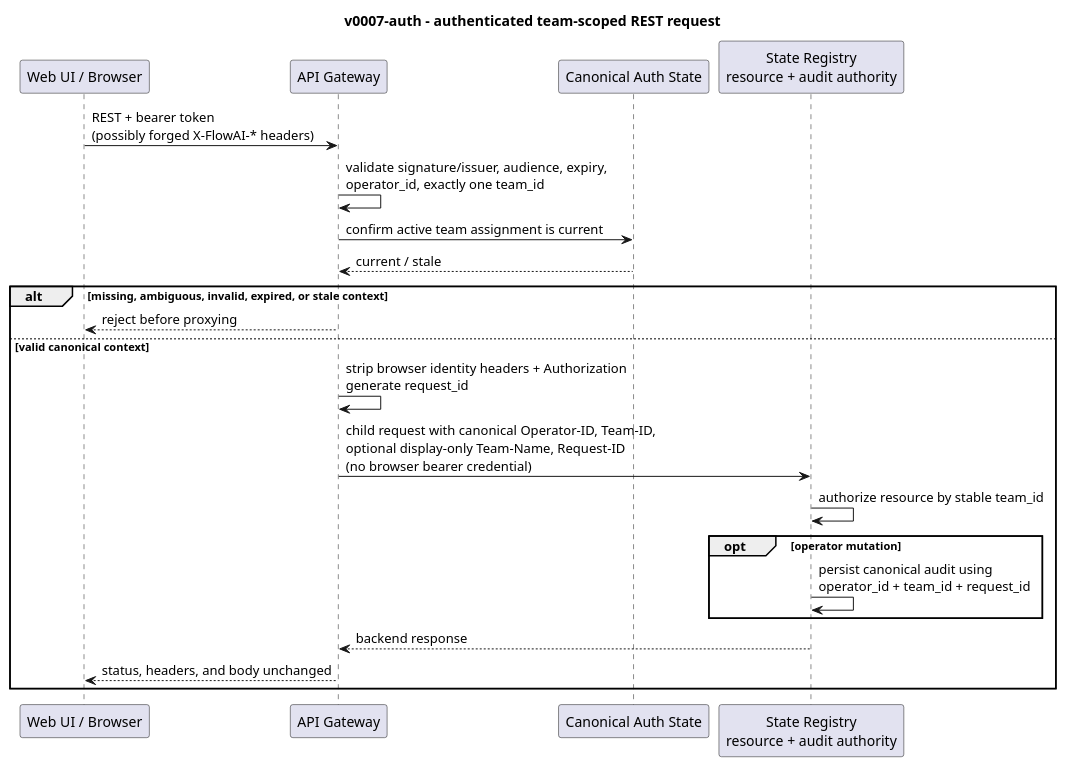
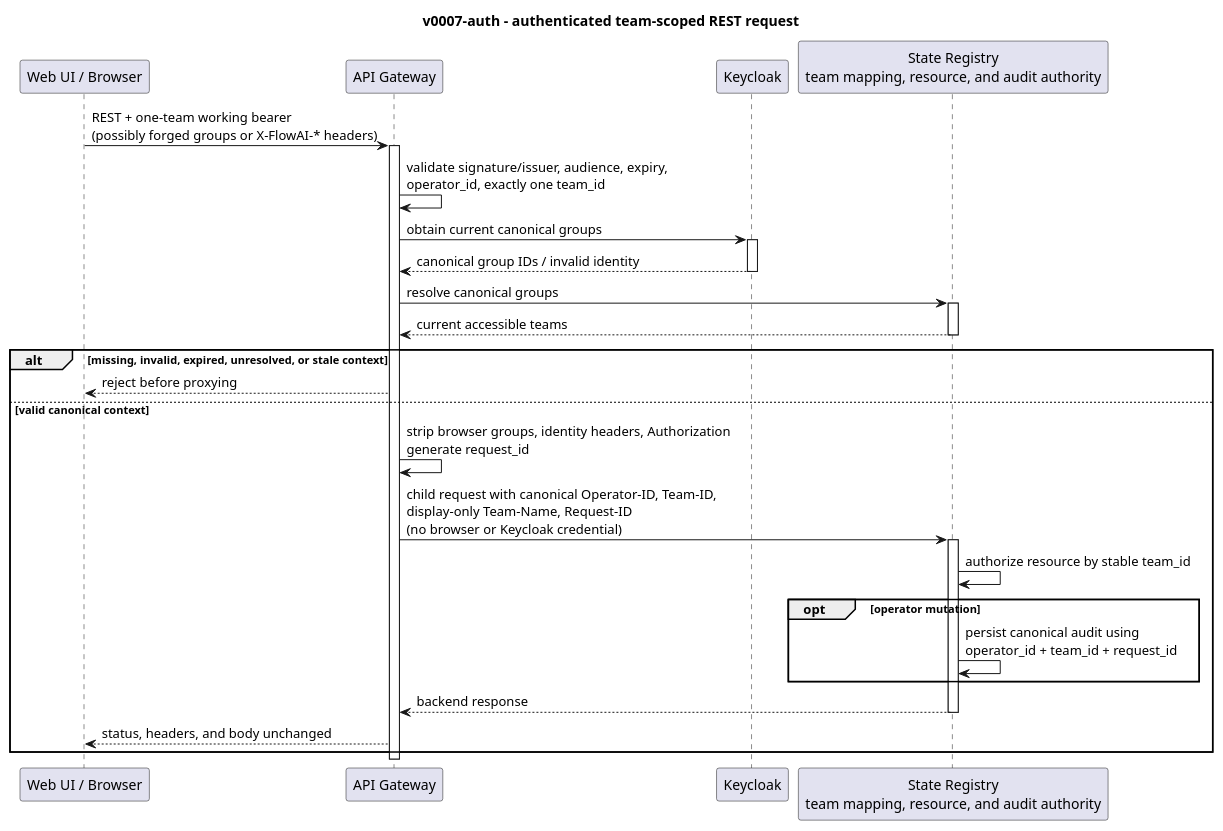
Before and after one commit to pandops/flowai: the diagram in openspec/changes/v0007-auth/specs/diagrams/02-authenticated-request.puml, drawn with PlantUML. The commit also changed 18 other files, not shown here.

Commit message:
docs(openspec): define Keycloak group team resolution

```diff
--- a/openspec/changes/v0007-auth/specs/diagrams/02-authenticated-request.puml
+++ b/openspec/changes/v0007-auth/specs/diagrams/02-authenticated-request.puml
@@ -2,26 +2,36 @@
 @startuml
 title v0007-auth - authenticated team-scoped REST request
 
-participant "Web UI / Browser" as UI
-participant "API Gateway" as GW
-participant "Canonical Auth State" as Auth
-participant "State Registry\nresource + audit authority" as State
+participant "Web UI / Browser" as web_ui
+participant "API Gateway" as api_gateway
+participant "Keycloak" as keycloak
+participant "State Registry\nteam mapping, resource, and audit authority" as state_registry
 
-UI -> GW : REST + bearer token\n(possibly forged X-FlowAI-* headers)
-GW -> GW : validate signature/issuer, audience, expiry,\noperator_id, exactly one team_id
-GW -> Auth : confirm active team assignment is current
-Auth --> GW : current / stale
-alt missing, ambiguous, invalid, expired, or stale context
-  GW --> UI : reject before proxying
+web_ui -> api_gateway : REST + one-team working bearer\n(possibly forged groups or X-FlowAI-* headers)
+activate api_gateway
+api_gateway -> api_gateway : validate signature/issuer, audience, expiry,\noperator_id, exactly one team_id
+api_gateway -> keycloak : obtain current canonical groups
+activate keycloak
+keycloak --> api_gateway : canonical group IDs / invalid identity
+deactivate keycloak
+api_gateway -> state_registry : resolve canonical groups
+activate state_registry
+state_registry --> api_gateway : current accessible teams
+deactivate state_registry
+alt missing, invalid, expired, unresolved, or stale context
+  api_gateway --> web_ui : reject before proxying
 else valid canonical context
-  GW -> GW : strip browser identity headers + Authorization\ngenerate request_id
-  GW -> State : child request with canonical Operator-ID, Team-ID,\noptional display-only Team-Name, Request-ID\n(no browser bearer credential)
-  State -> State : authorize resource by stable team_id
+  api_gateway -> api_gateway : strip browser groups, identity headers, Authorization\ngenerate request_id
+  api_gateway -> state_registry : child request with canonical Operator-ID, Team-ID,\ndisplay-only Team-Name, Request-ID\n(no browser or Keycloak credential)
+  activate state_registry
+  state_registry -> state_registry : authorize resource by stable team_id
   opt operator mutation
-    State -> State : persist canonical audit using\noperator_id + team_id + request_id
+    state_registry -> state_registry : persist canonical audit using\noperator_id + team_id + request_id
   end
-  State --> GW : backend response
-  GW --> UI : status, headers, and body unchanged
+  state_registry --> api_gateway : backend response
+  deactivate state_registry
+  api_gateway --> web_ui : status, headers, and body unchanged
 end
+deactivate api_gateway
 
 @enduml
```
